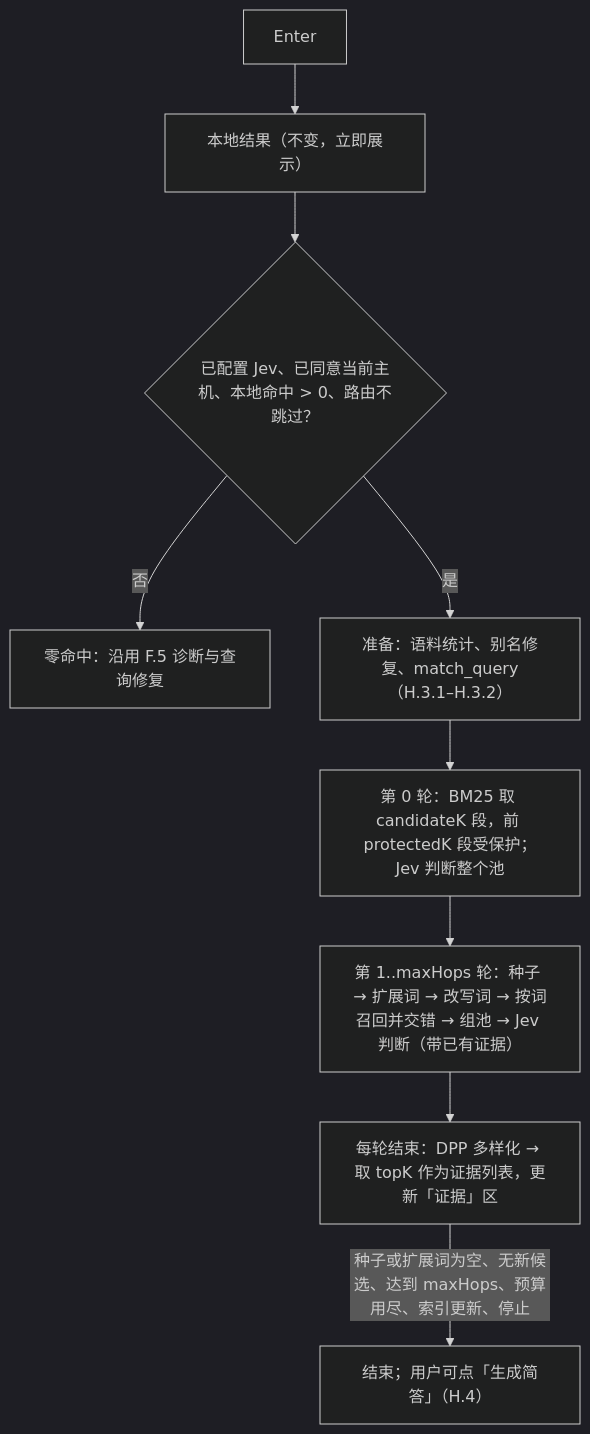
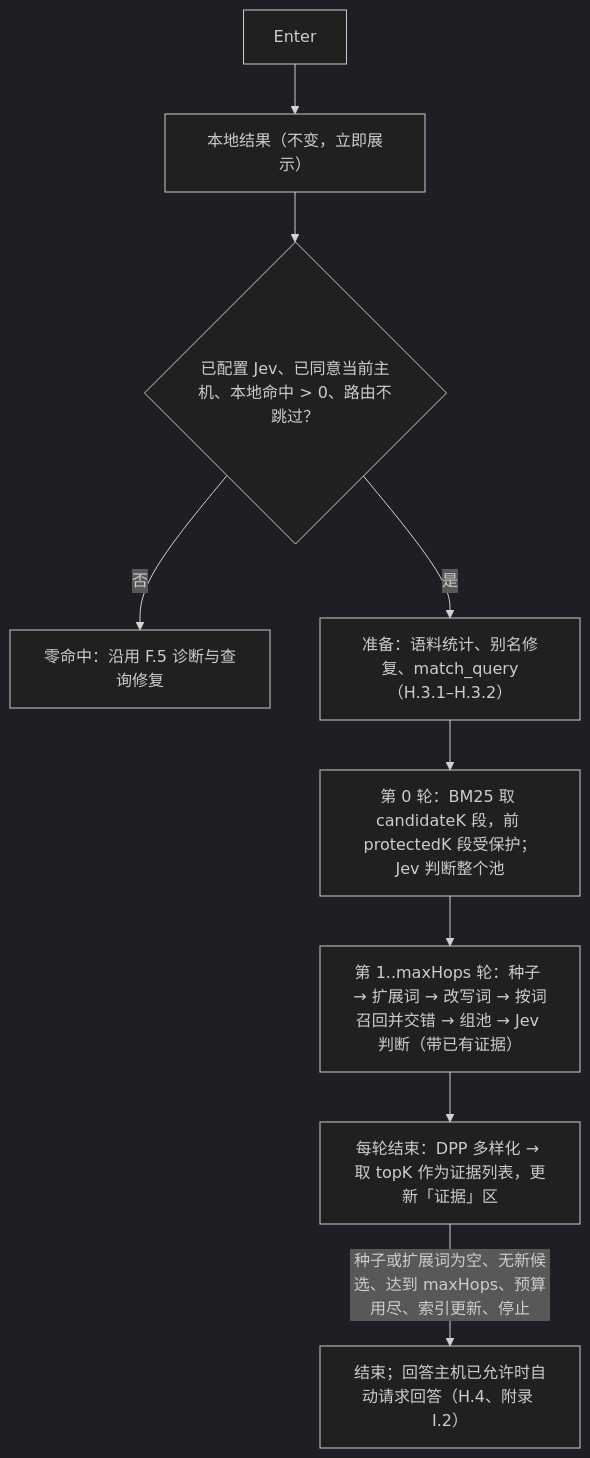
Before and after one commit to wizlijun/note.md: the fourth of 4 diagrams in docs/superpowers/specs/2026-11-10-smart-lookup-local-first-feasibility-design.md, drawn with Mermaid (dark theme). The commit also changed other lines of this file and 1 other file, not shown here.

````diff
--- a/docs/superpowers/specs/2026-11-10-smart-lookup-local-first-feasibility-design.md
+++ b/docs/superpowers/specs/2026-11-10-smart-lookup-local-first-feasibility-design.md
@@ -749,11 +749,11 @@
 ```mermaid
 flowchart TD
     E["Enter"] --> L["本地结果（不变，立即展示）"]
     L --> G{"已配置 Jev、已同意当前主机、本地命中 > 0、路由不跳过？"}
     G -->|否| Z["零命中：沿用 F.5 诊断与查询修复"]
     G -->|是| S0["准备：语料统计、别名修复、match_query（H.3.1–H.3.2）"]
     S0 --> R0["第 0 轮：BM25 取 candidateK 段，前 protectedK 段受保护；Jev 判断整个池"]
     R0 --> RH["第 1..maxHops 轮：种子 → 扩展词 → 改写词 → 按词召回并交错 → 组池 → Jev 判断（带已有证据）"]
     RH --> D["每轮结束：DPP 多样化 → 取 topK 作为证据列表，更新「证据」区"]
-    D -->|种子或扩展词为空、无新候选、达到 maxHops、预算用尽、索引更新、停止| END["结束；用户可点「生成简答」（H.4）"]
+    D -->|种子或扩展词为空、无新候选、达到 maxHops、预算用尽、索引更新、停止| END["结束；回答主机已允许时自动请求回答（H.4、附录 I.2）"]
 ```
````
